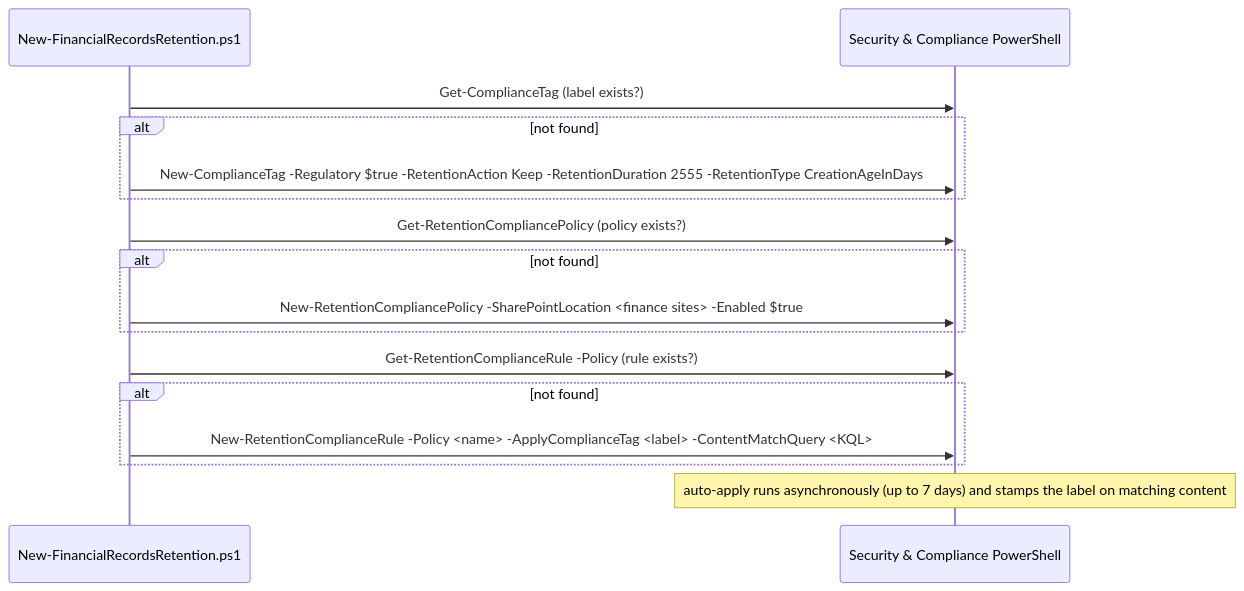
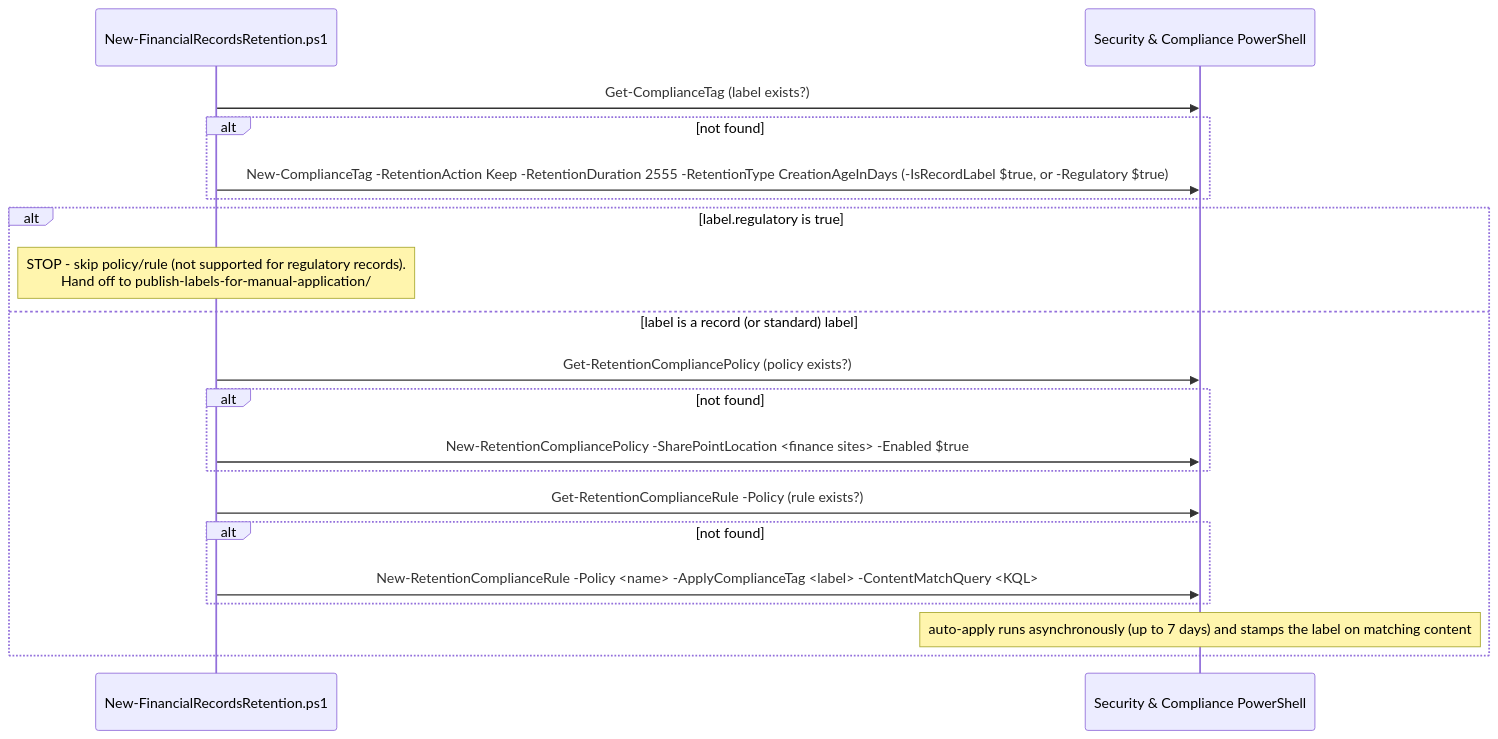
One commit to kpsec1/purview-scenario-library changed the diagram in scenarios/data-lifecycle-management/retention-labels-financial-records/design.md. Above: the diagram before and after it, drawn with Mermaid. The commit also changed other lines of this file and 16 other files, not shown here.

First line of the commit message:
feat(data-lifecycle-management): add publish-labels-for-manual-application scenario

````diff
--- a/scenarios/data-lifecycle-management/retention-labels-financial-records/design.md
+++ b/scenarios/data-lifecycle-management/retention-labels-financial-records/design.md
@@ -44,19 +62,23 @@
 ```mermaid
 sequenceDiagram
     participant Script as New-FinancialRecordsRetention.ps1
     participant SCC as Security & Compliance PowerShell
 
     Script->>SCC: Get-ComplianceTag (label exists?) 
     alt not found
-        Script->>SCC: New-ComplianceTag -Regulatory $true -RetentionAction Keep -RetentionDuration 2555 -RetentionType CreationAgeInDays
+        Script->>SCC: New-ComplianceTag -RetentionAction Keep -RetentionDuration 2555 -RetentionType CreationAgeInDays (-IsRecordLabel $true, or -Regulatory $true)
     end
-    Script->>SCC: Get-RetentionCompliancePolicy (policy exists?)
-    alt not found
-        Script->>SCC: New-RetentionCompliancePolicy -SharePointLocation <finance sites> -Enabled $true
+    alt label.regulatory is true
+        Note over Script: STOP - skip policy/rule (not supported for regulatory records).<br/>Hand off to publish-labels-for-manual-application/
+    else label is a record (or standard) label
+        Script->>SCC: Get-RetentionCompliancePolicy (policy exists?)
+        alt not found
+            Script->>SCC: New-RetentionCompliancePolicy -SharePointLocation <finance sites> -Enabled $true
+        end
+        Script->>SCC: Get-RetentionComplianceRule -Policy (rule exists?)
+        alt not found
+            Script->>SCC: New-RetentionComplianceRule -Policy <name> -ApplyComplianceTag <label> -ContentMatchQuery <KQL>
+        end
+        Note over SCC: auto-apply runs asynchronously (up to 7 days) and stamps the label on matching content
     end
-    Script->>SCC: Get-RetentionComplianceRule -Policy (rule exists?)
-    alt not found
-        Script->>SCC: New-RetentionComplianceRule -Policy <name> -ApplyComplianceTag <label> -ContentMatchQuery <KQL>
-    end
-    Note over SCC: auto-apply runs asynchronously (up to 7 days) and stamps the label on matching content
 ```
````
